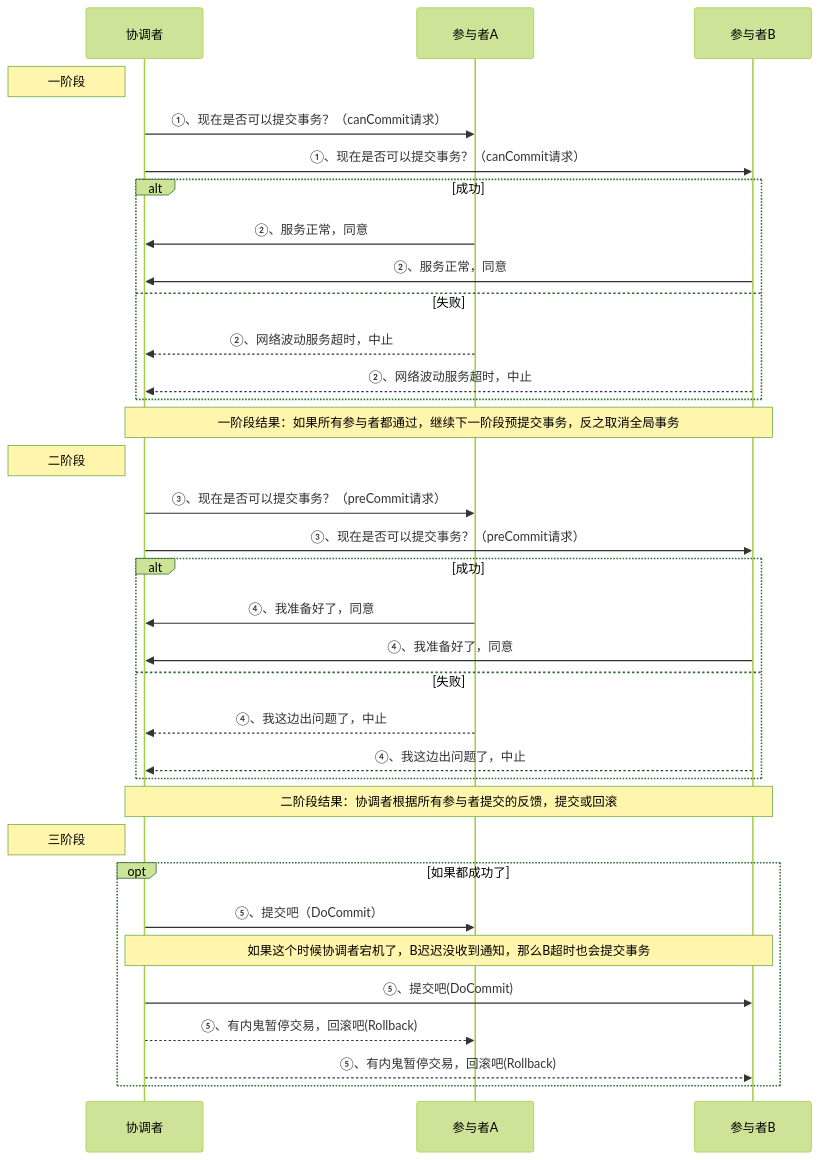
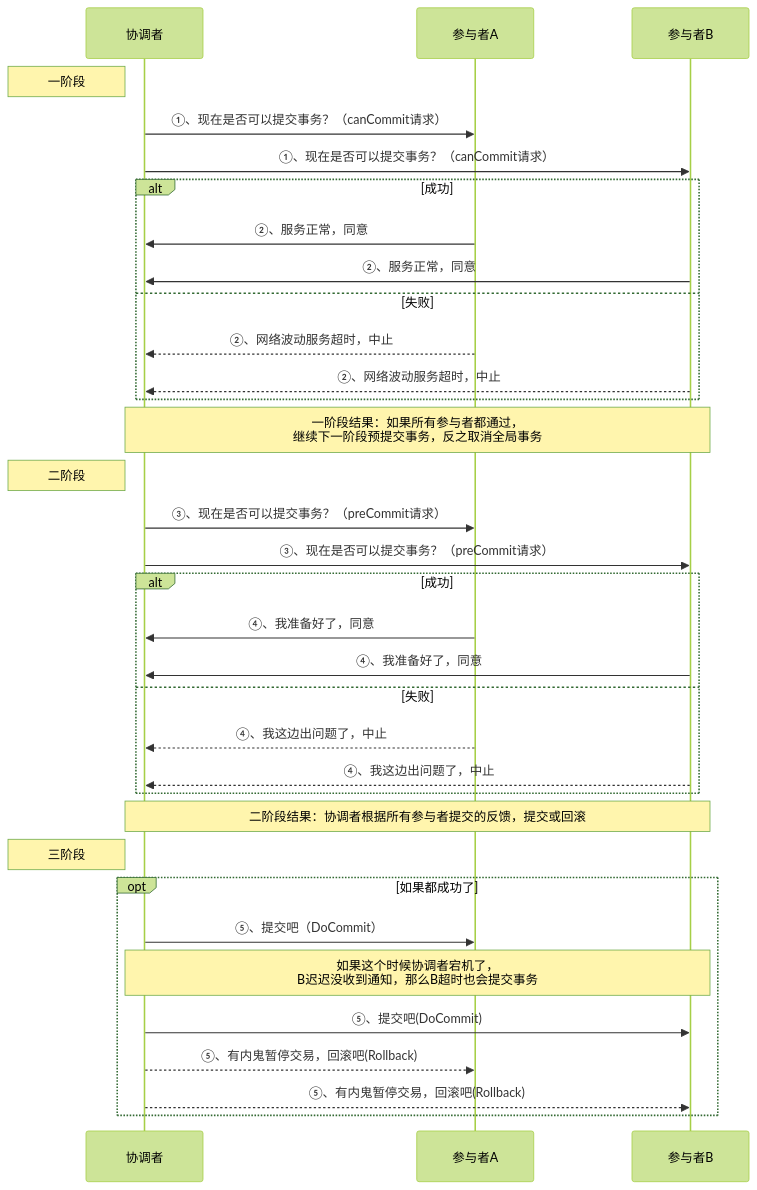
The second of 3 diagrams in source/_posts/分布式事务理论与Seata示例.md (rstyro/blog), drawn with Mermaid (forest theme) before and after one commit. The commit also changed other lines of this file and 11 other files, not shown here.

````diff
--- a/source/_posts/分布式事务理论与Seata示例.md
+++ b/source/_posts/分布式事务理论与Seata示例.md
@@ -192,38 +192,38 @@
 ```mermaid
 sequenceDiagram
 
 Note left of 协调者: 一阶段
 协调者->>参与者A: ①、现在是否可以提交事务？（canCommit请求）
 协调者->>参与者B: ①、现在是否可以提交事务？（canCommit请求）
 alt 成功
 参与者A->>协调者: ②、服务正常，同意
 参与者B->>协调者: ②、服务正常，同意
 else 失败
 参与者A-->>协调者: ②、网络波动服务超时，中止
 参与者B-->>协调者: ②、网络波动服务超时，中止
 end
 
-Note over 协调者,参与者B: 一阶段结果：如果所有参与者都通过，继续下一阶段预提交事务，反之取消全局事务
+Note over 协调者,参与者B: 一阶段结果：如果所有参与者都通过，<br/>继续下一阶段预提交事务，反之取消全局事务
 
 Note left of 协调者: 二阶段
 协调者->>参与者A: ③、现在是否可以提交事务？（preCommit请求）
 协调者->>参与者B: ③、现在是否可以提交事务？（preCommit请求）
 alt 成功
 参与者A->>协调者: ④、我准备好了，同意
 参与者B->>协调者: ④、我准备好了，同意
 else 失败
 参与者A-->>协调者: ④、我这边出问题了，中止
 参与者B-->>协调者: ④、我这边出问题了，中止
 end
 
 Note over 协调者,参与者B: 二阶段结果：协调者根据所有参与者提交的反馈，提交或回滚
 Note left of 协调者: 三阶段
 opt 如果都成功了
 协调者->>参与者A: ⑤、提交吧（DoCommit）
-Note over 协调者,参与者B: 如果这个时候协调者宕机了，B迟迟没收到通知，那么B超时也会提交事务
+Note over 协调者,参与者B: 如果这个时候协调者宕机了，<br/>B迟迟没收到通知，那么B超时也会提交事务
 协调者->>参与者B: ⑤、提交吧(DoCommit)
 协调者-->>参与者A: ⑤、有内鬼暂停交易，回滚吧(Rollback)
 协调者-->>参与者B: ⑤、有内鬼暂停交易，回滚吧(Rollback)
 end
 
 ```
````
